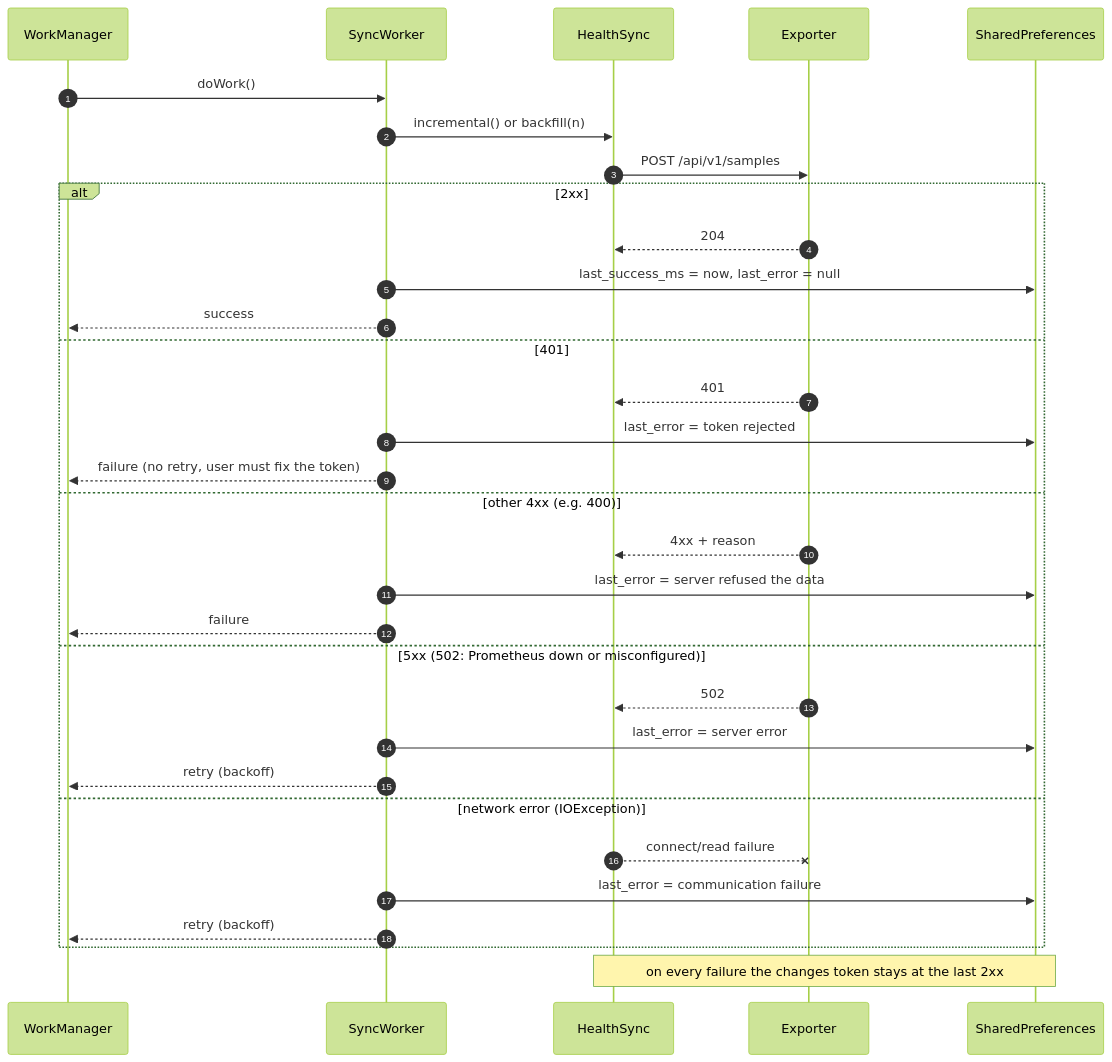
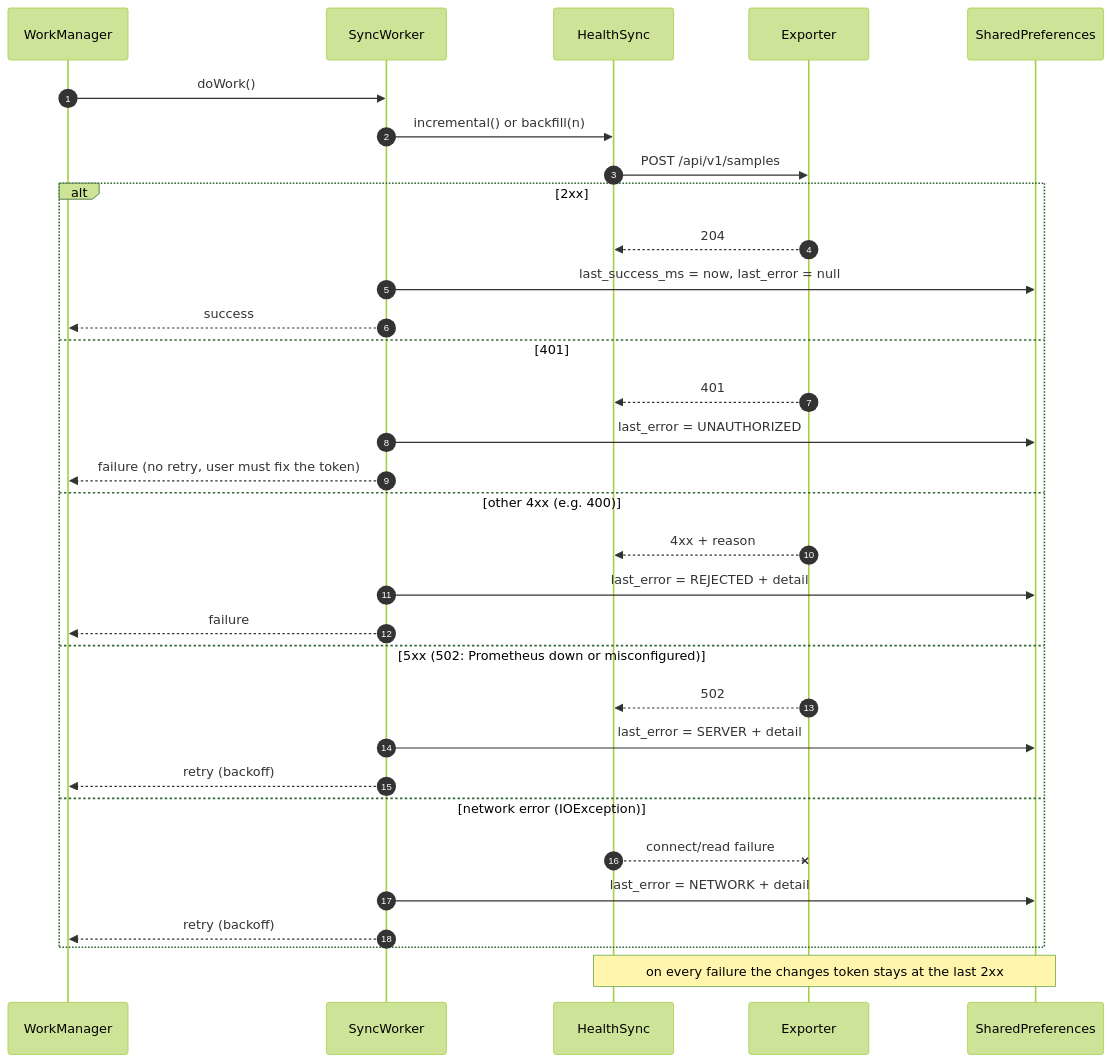
One commit to MateuxLucax/health-connect-bridge changed the fifth of 8 diagrams in docs/sequences.md. Above: the diagram before and after it, drawn with Mermaid (forest theme). The commit also changed other lines of this file and 3 other files, not shown here.

````diff
--- a/docs/sequences.md
+++ b/docs/sequences.md
@@ -160,35 +162,35 @@
 ```mermaid
 sequenceDiagram
     autonumber
     participant WM as WorkManager
     participant W as SyncWorker
     participant S as HealthSync
     participant E as Exporter
     participant SP as SharedPreferences
 
     WM->>W: doWork()
     W->>S: incremental() or backfill(n)
     S->>E: POST /api/v1/samples
     alt 2xx
         E-->>S: 204
         W->>SP: last_success_ms = now, last_error = null
         W-->>WM: success
     else 401
         E-->>S: 401
-        W->>SP: last_error = token rejected
+        W->>SP: last_error = UNAUTHORIZED
         W-->>WM: failure (no retry, user must fix the token)
     else other 4xx (e.g. 400)
         E-->>S: 4xx + reason
-        W->>SP: last_error = server refused the data
+        W->>SP: last_error = REJECTED + detail
         W-->>WM: failure
     else 5xx (502: Prometheus down or misconfigured)
         E-->>S: 502
-        W->>SP: last_error = server error
+        W->>SP: last_error = SERVER + detail
         W-->>WM: retry (backoff)
     else network error (IOException)
         S--xE: connect/read failure
-        W->>SP: last_error = communication failure
+        W->>SP: last_error = NETWORK + detail
         W-->>WM: retry (backoff)
     end
     Note over S,SP: on every failure the changes token stays at the last 2xx
 ```
````
